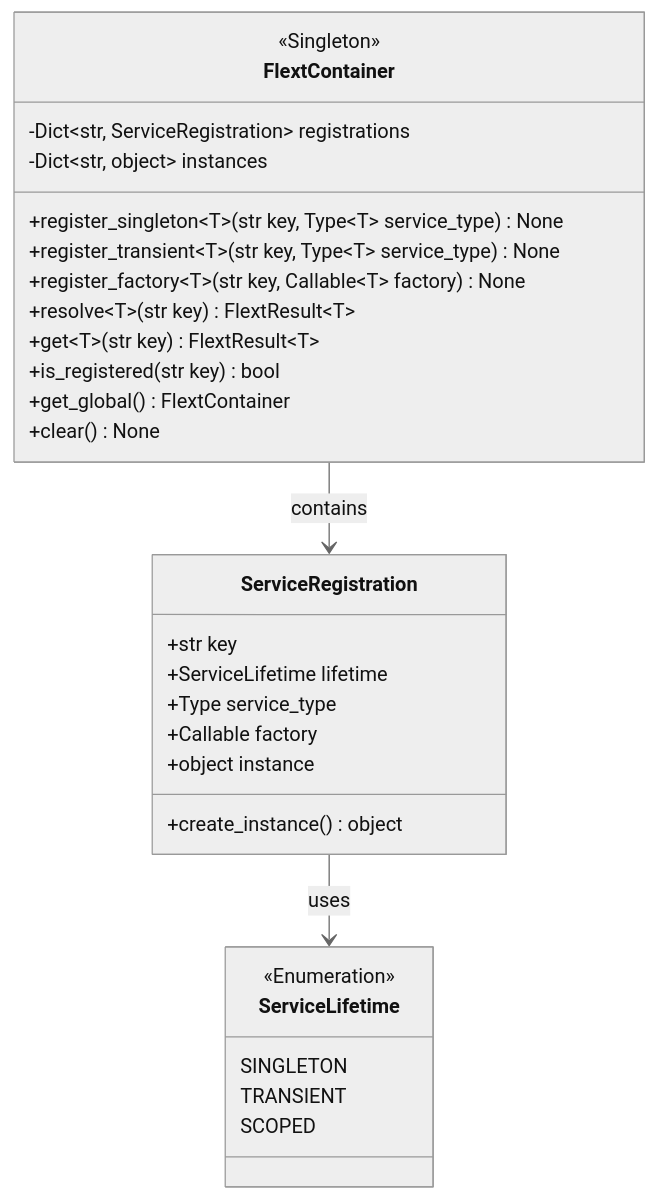
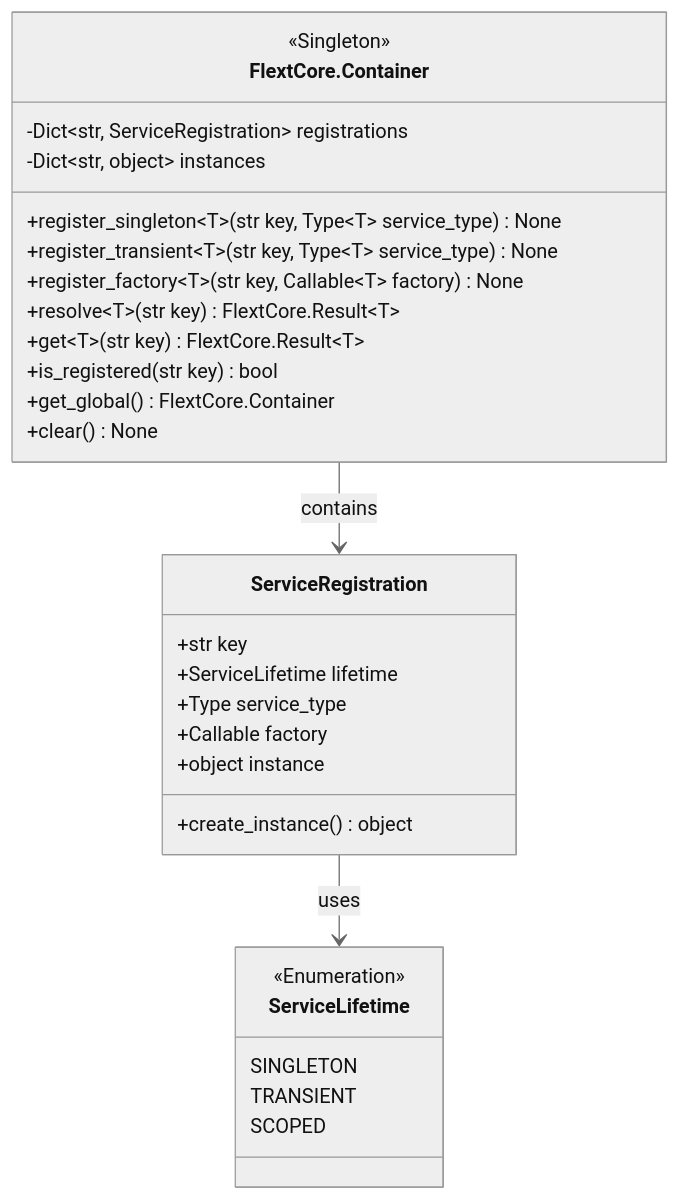
The second of 10 diagrams in docs/architecture/c4-model/code-diagrams.md (flext-sh/flext), drawn with Mermaid (neutral theme) before and after one commit. The commit also changed other lines of this file and 204 other files, not shown here.

````diff
--- a/docs/architecture/c4-model/code-diagrams.md
+++ b/docs/architecture/c4-model/code-diagrams.md
@@ -52,35 +52,35 @@
 ```mermaid
 classDiagram
-    class FlextContainer {
+    class FlextCore.Container {
         <<Singleton>>
         -Dict~str, ServiceRegistration~ registrations
         -Dict~str, object~ instances
         +register_singleton~T~(str key, Type~T~ service_type) None
         +register_transient~T~(str key, Type~T~ service_type) None
         +register_factory~T~(str key, Callable~T~ factory) None
-        +resolve~T~(str key) FlextResult~T~
-        +get~T~(str key) FlextResult~T~
+        +resolve~T~(str key) FlextCore.Result~T~
+        +get~T~(str key) FlextCore.Result~T~
         +is_registered(str key) bool
-        +get_global() FlextContainer
+        +get_global() FlextCore.Container
         +clear() None
     }
-    
+
     class ServiceRegistration {
         +str key
         +ServiceLifetime lifetime
         +Type service_type
         +Callable factory
         +object instance
         +create_instance() object
     }
-    
+
     class ServiceLifetime {
         <<Enumeration>>
         SINGLETON
         TRANSIENT
         SCOPED
     }
-    
-    FlextContainer --> ServiceRegistration : contains
+
+    FlextCore.Container --> ServiceRegistration : contains
     ServiceRegistration --> ServiceLifetime : uses
 ```
````
